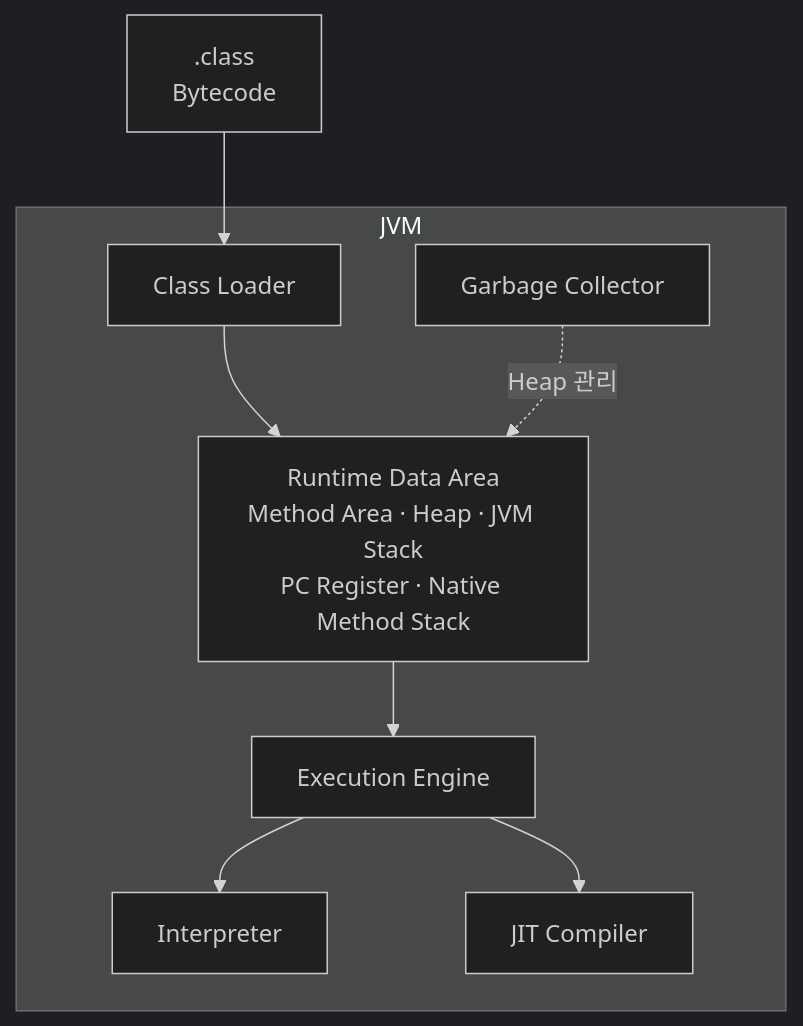
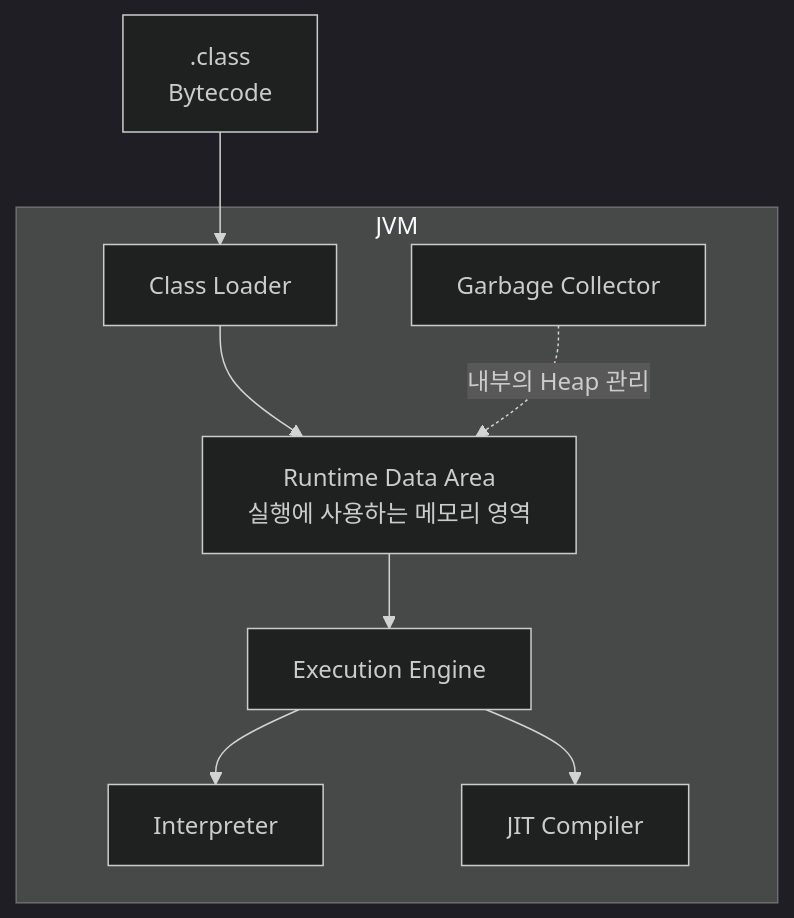
One commit to SangCheonP/Tech-Interview changed the first of 2 diagrams in Language/Java/JVM/02. JVM 구조.md. Above: the diagram before and after it, drawn with Mermaid (dark theme). The commit also changed other lines of this file, not shown here.

Commit message:
docs: clarify Runtime Data Area components

````diff
--- a/Language/Java/JVM/02. JVM 구조.md
+++ b/Language/Java/JVM/02. JVM 구조.md
@@ -24,12 +24,12 @@
 ```mermaid
 flowchart TB
     classFile[".class<br/>Bytecode"] --> loader
     subgraph jvm["JVM"]
         loader["Class Loader"] --> memory
-        memory["Runtime Data Area<br/>Method Area · Heap · JVM Stack<br/>PC Register · Native Method Stack"]
+        memory["Runtime Data Area<br/>실행에 사용하는 메모리 영역"]
         memory --> engine["Execution Engine"]
         engine --> interpreter["Interpreter"]
         engine --> jit["JIT Compiler"]
-        gc["Garbage Collector"] -. "Heap 관리" .-> memory
+        gc["Garbage Collector"] -. "내부의 Heap 관리" .-> memory
     end
 ```
````
